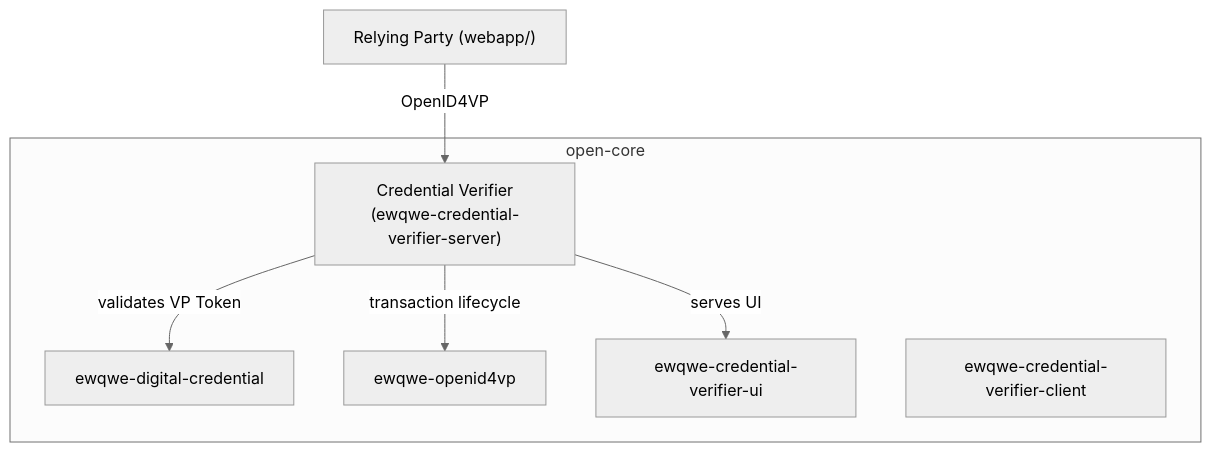
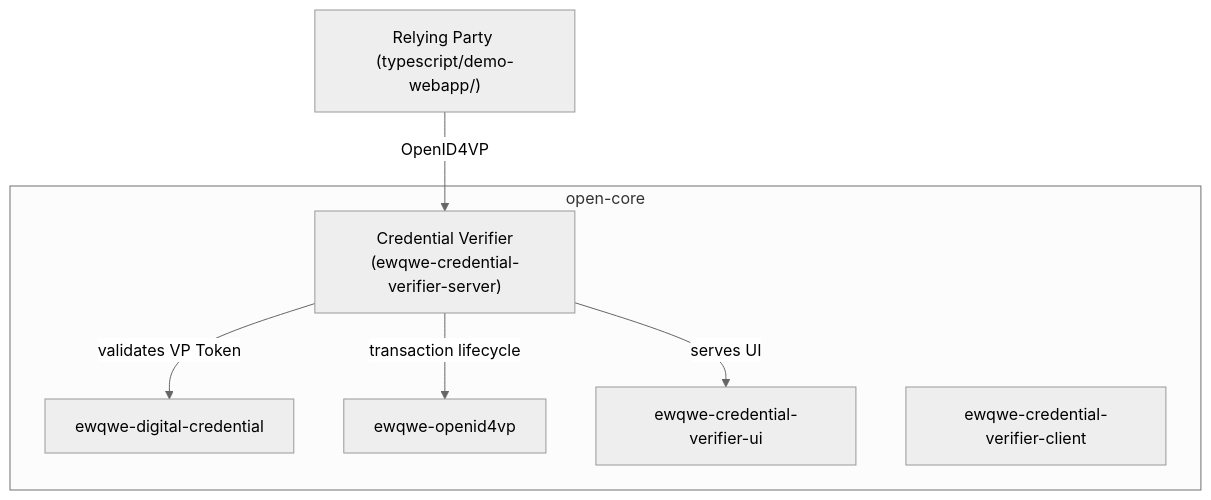
One commit to rd-ewqwe/ewqwe-identity changed the diagram in README.md. Above: the diagram before and after it, drawn with Mermaid (neutral theme). The commit also changed other lines of this file and 95 other files, not shown here.

````diff
--- a/README.md
+++ b/README.md
@@ -92,14 +97,14 @@
 ```mermaid
 graph TD
-    RP["Relying Party (webapp/)"] -->|OpenID4VP| VERIFIER["Credential Verifier<br/>(ewqwe-credential-verifier-server)"]
+    RP["Relying Party (typescript/demo-webapp/)"] -->|OpenID4VP| VERIFIER["Credential Verifier<br/>(ewqwe-credential-verifier-server)"]
     VERIFIER -->|validates VP Token| CRYPTO["ewqwe-digital-credential"]
     VERIFIER -->|transaction lifecycle| OPENID4VP["ewqwe-openid4vp"]
     VERIFIER -->|serves UI| UI["ewqwe-credential-verifier-ui"]
     subgraph open-core
         CRYPTO
         OPENID4VP
         VERIFIER
         UI
         CLIENT["ewqwe-credential-verifier-client"]
     end
 ```
````
